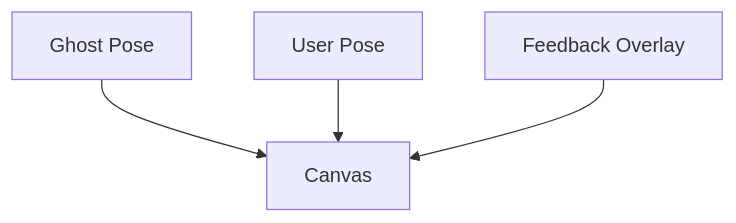
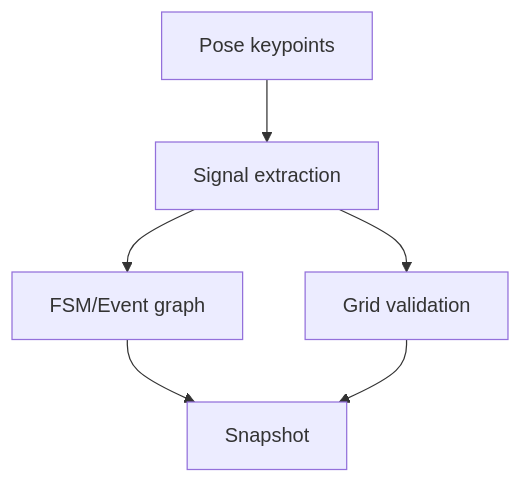
Before and after one commit to egxn/kinkagami: the third of 3 diagrams in ARCHITECTURE.md, drawn with Mermaid. The commit also changed other lines of this file and 77 other files, not shown here.

````diff
--- a/ARCHITECTURE.md
+++ b/ARCHITECTURE.md
@@ -146,10 +63,8 @@
 ```mermaid
 graph TD
-  Ghost[Ghost Pose]
-  User[User Pose]
-  Feedback[Feedback Overlay]
-
-  Ghost --> Canvas
-  User --> Canvas
-  Feedback --> Canvas
+  RawPose[Pose keypoints] --> Signals[Signal extraction]
+  Signals --> EventGraph[FSM/Event graph]
+  Signals --> GridValidation[Grid validation]
+  EventGraph --> Snapshot
+  GridValidation --> Snapshot
 ```
````
